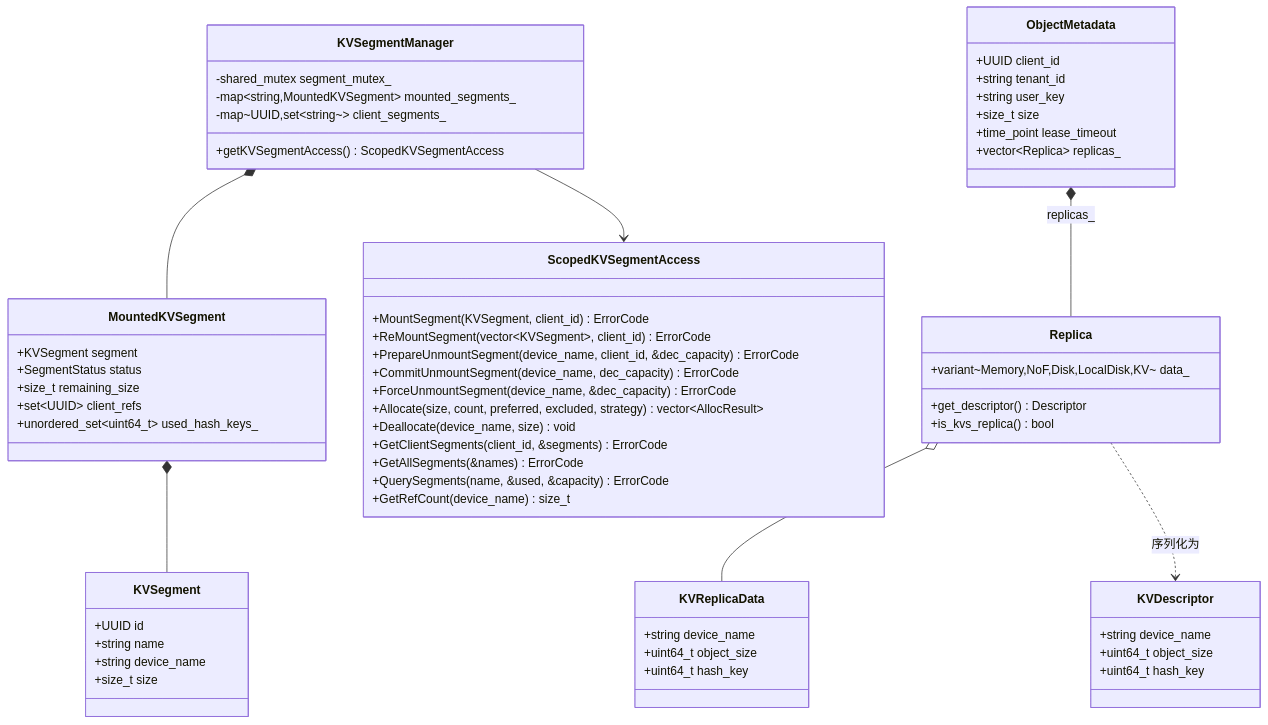
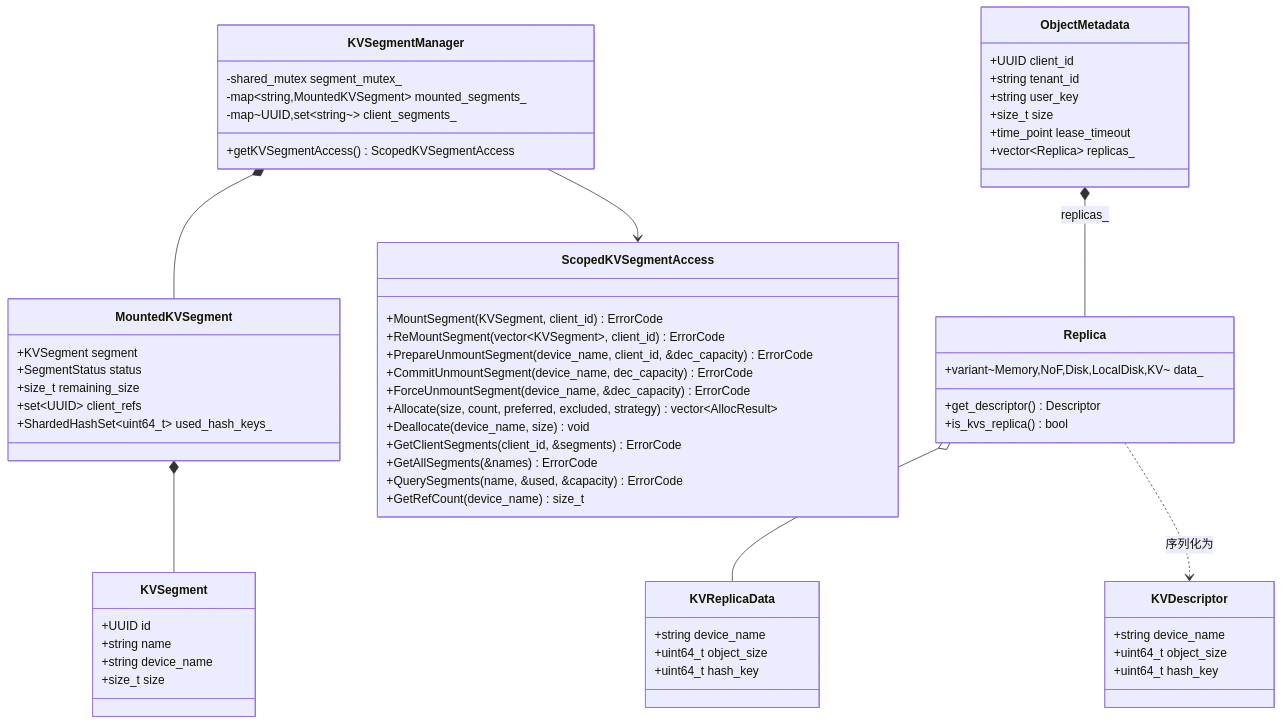
The second of 20 diagrams in mooncake-store/docs/KVUSegment_design.md (yz53665/Mooncake), drawn with Mermaid before and after one commit. The commit also changed other lines of this file, not shown here.

````diff
--- a/mooncake-store/docs/KVUSegment_design.md
+++ b/mooncake-store/docs/KVUSegment_design.md
@@ -73,74 +73,74 @@
 ```mermaid
 classDiagram
     direction TB
 
     class KVSegment {
         +UUID id
         +string name
         +string device_name
         +size_t size
     }
 
     class MountedKVSegment {
         +KVSegment segment
         +SegmentStatus status
         +size_t remaining_size
         +set~UUID~ client_refs
-        +unordered_set~uint64_t~ used_hash_keys_
+        +ShardedHashSet~uint64_t~ used_hash_keys_
     }
 
     class KVSegmentManager {
         -shared_mutex segment_mutex_
         -map~string,MountedKVSegment~ mounted_segments_
         -map~UUID,set~string~~ client_segments_
         +getKVSegmentAccess() ScopedKVSegmentAccess
     }
 
     class ScopedKVSegmentAccess {
         +MountSegment(KVSegment, client_id) ErrorCode
         +ReMountSegment(vector~KVSegment~, client_id) ErrorCode
         +PrepareUnmountSegment(device_name, client_id, &dec_capacity) ErrorCode
         +CommitUnmountSegment(device_name, dec_capacity) ErrorCode
         +ForceUnmountSegment(device_name, &dec_capacity) ErrorCode
         +Allocate(size, count, preferred, excluded, strategy) vector~AllocResult~
         +Deallocate(device_name, size) void
         +GetClientSegments(client_id, &segments) ErrorCode
         +GetAllSegments(&names) ErrorCode
         +QuerySegments(name, &used, &capacity) ErrorCode
         +GetRefCount(device_name) size_t
     }
 
     class KVReplicaData {
         +string device_name
         +uint64_t object_size
         +uint64_t hash_key
     }
 
     class KVDescriptor {
         +string device_name
         +uint64_t object_size
         +uint64_t hash_key
     }
 
     class Replica {
         +variant~Memory,NoF,Disk,LocalDisk,KV~ data_
         +get_descriptor() Descriptor
         +is_kvs_replica() bool
     }
 
     class ObjectMetadata {
         +UUID client_id
         +string tenant_id
         +string user_key
         +size_t size
         +time_point lease_timeout
         +vector~Replica~ replicas_
     }
 
     KVSegmentManager *-- MountedKVSegment
     MountedKVSegment *-- KVSegment
     KVSegmentManager --> ScopedKVSegmentAccess
     Replica o-- KVReplicaData
     Replica ..> KVDescriptor : 序列化为
     ObjectMetadata *-- Replica : replicas_
 ```
````
